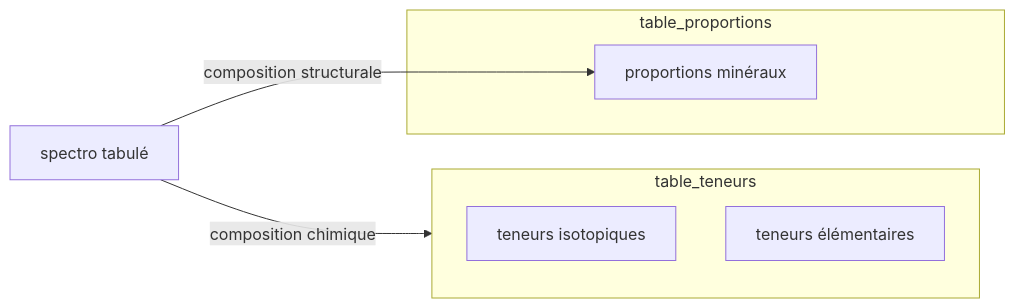
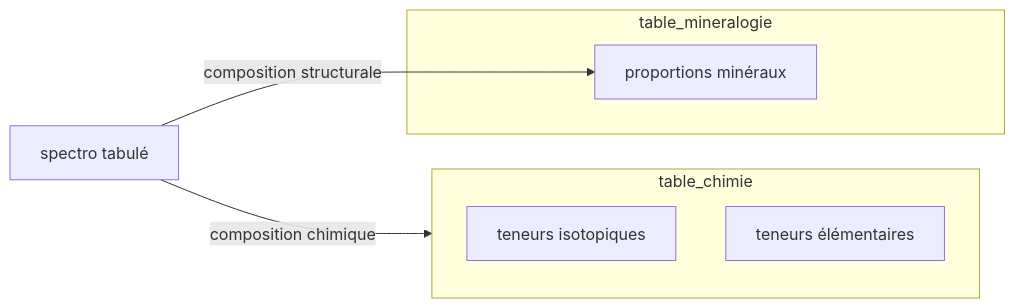
One commit to iramat/iramat-dev changed the second of 2 diagrams in dbs/README.md. Above: the diagram before and after it, drawn with Mermaid. The commit also changed other lines of this file, not shown here.

````diff
--- a/dbs/README.md
+++ b/dbs/README.md
@@ -81,12 +81,12 @@
 ```mermaid
 flowchart LR
-    A[spectro tabulé] -- composition chimique --> table_teneurs;
+    A[spectro tabulé] -- composition chimique --> table_chimie;
     A -- composition structurale --> E[proportions minéraux];
-    subgraph table_teneurs
+    subgraph table_chimie
         F[teneurs isotopiques];
         D[teneurs élémentaires];
     end
-    subgraph table_proportions
+    subgraph table_mineralogie
         E;
     end
 ```
````
